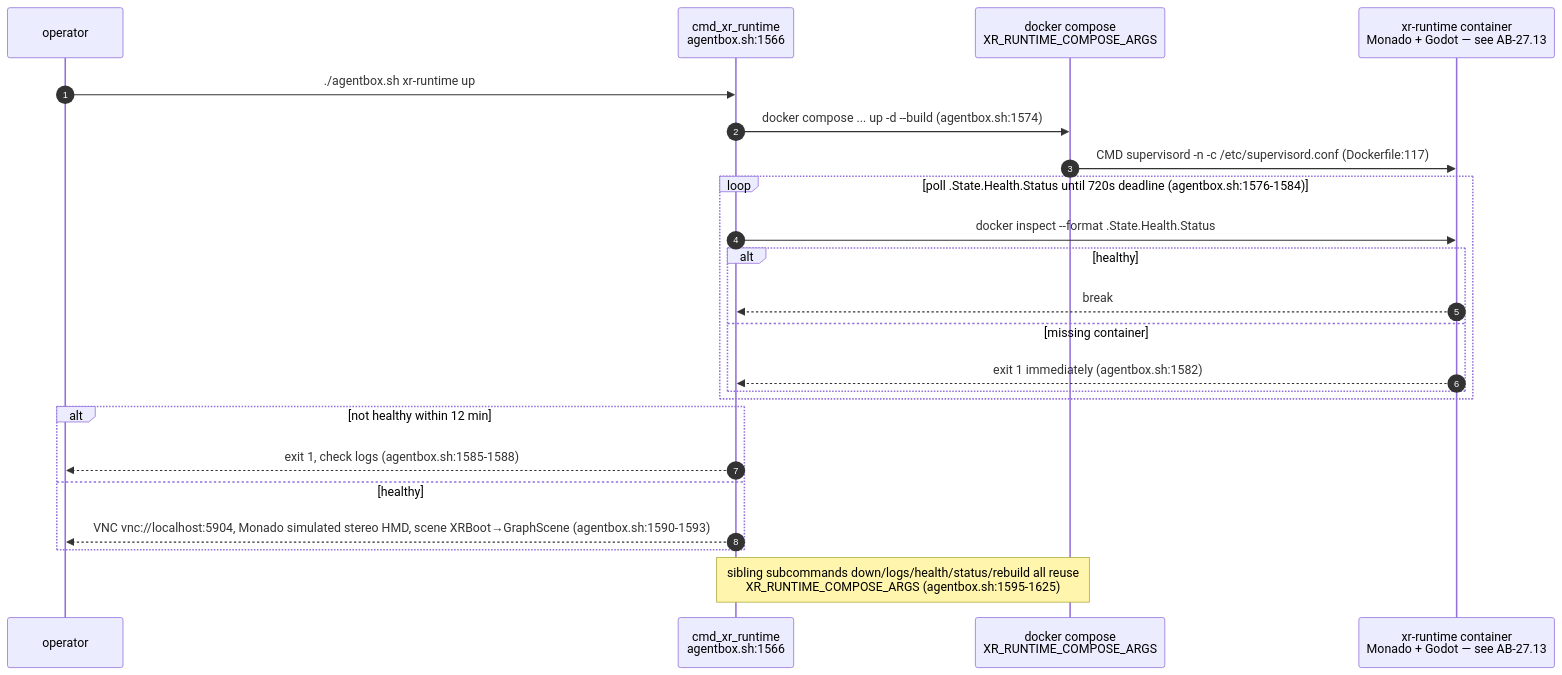
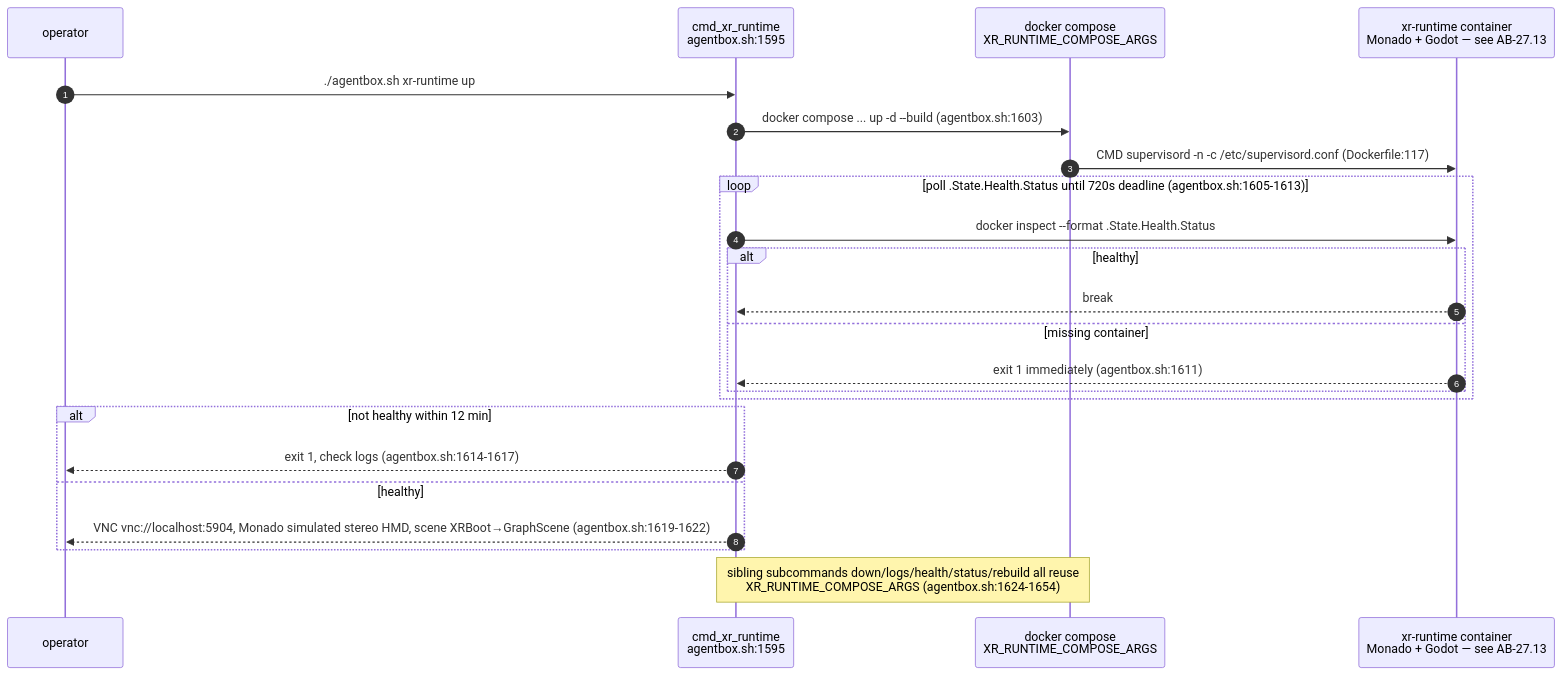
One commit to DreamLab-AI/VisionFlow changed the ninth of 13 diagrams in docs/diagrams/agentbox/06-sidecars-and-compose-overlays.md. Above: the diagram before and after it, drawn with Mermaid. The commit also changed other lines of this file and 14 other files, not shown here.

First line of the commit message:
docs(diagrams): custody role isolation — new AB-36, re-stamp 11 topics at the custody integration head

````diff
--- a/docs/diagrams/agentbox/06-sidecars-and-compose-overlays.md
+++ b/docs/diagrams/agentbox/06-sidecars-and-compose-overlays.md
@@ -255,26 +266,26 @@
 ```mermaid
 sequenceDiagram
     autonumber
     participant OP as operator
-    participant SH as cmd_xr_runtime<br/>agentbox.sh:1566
+    participant SH as cmd_xr_runtime<br/>agentbox.sh:1595
     participant DC as docker compose<br/>XR_RUNTIME_COMPOSE_ARGS
     participant XR as xr-runtime container<br/>Monado + Godot — see AB-27.13
 
     OP->>SH: ./agentbox.sh xr-runtime up
-    SH->>DC: docker compose ... up -d --build (agentbox.sh:1574)
+    SH->>DC: docker compose ... up -d --build (agentbox.sh:1603)
     DC->>XR: CMD supervisord -n -c /etc/supervisord.conf (Dockerfile:117)
-    loop poll .State.Health.Status until 720s deadline (agentbox.sh:1576-1584)
+    loop poll .State.Health.Status until 720s deadline (agentbox.sh:1605-1613)
         SH->>XR: docker inspect --format .State.Health.Status
         alt healthy
             XR-->>SH: break
         else missing container
-            XR-->>SH: exit 1 immediately (agentbox.sh:1582)
+            XR-->>SH: exit 1 immediately (agentbox.sh:1611)
         end
     end
     alt not healthy within 12 min
-        SH-->>OP: exit 1, check logs (agentbox.sh:1585-1588)
+        SH-->>OP: exit 1, check logs (agentbox.sh:1614-1617)
     else healthy
-        SH-->>OP: VNC vnc://localhost:5904, Monado simulated stereo HMD, scene XRBoot→GraphScene (agentbox.sh:1590-1593)
+        SH-->>OP: VNC vnc://localhost:5904, Monado simulated stereo HMD, scene XRBoot→GraphScene (agentbox.sh:1619-1622)
     end
-    Note over SH,DC: sibling subcommands down/logs/health/status/rebuild all reuse<br/>XR_RUNTIME_COMPOSE_ARGS (agentbox.sh:1595-1625)
+    Note over SH,DC: sibling subcommands down/logs/health/status/rebuild all reuse<br/>XR_RUNTIME_COMPOSE_ARGS (agentbox.sh:1624-1654)
 ```
````
